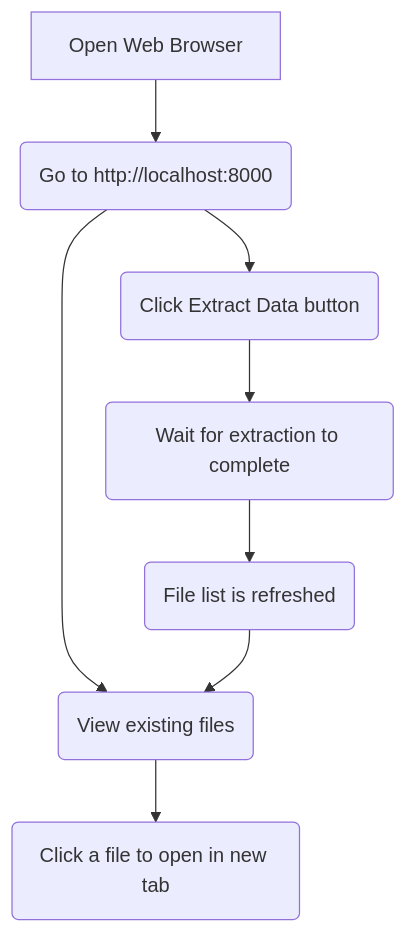
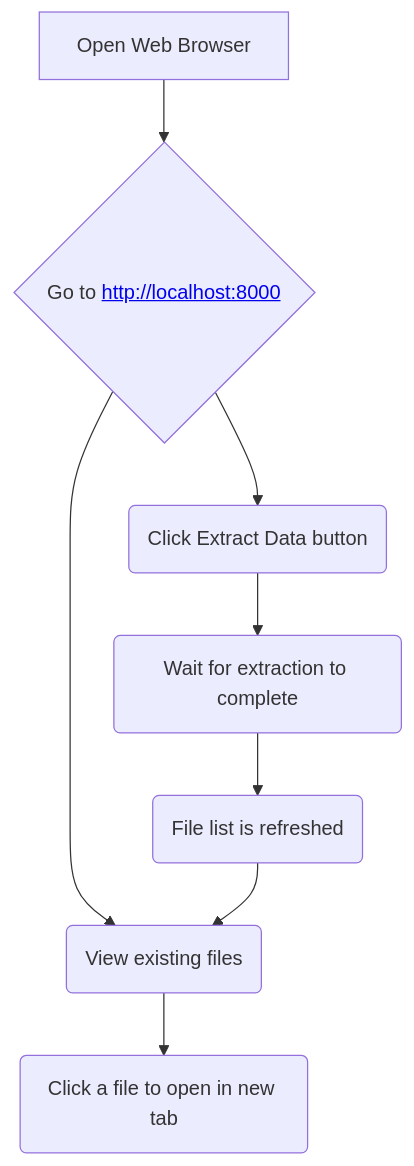
The first of 2 diagrams in README.md (overeazyio/zendeskzen), drawn with Mermaid before and after one commit.

````diff
--- a/README.md
+++ b/README.md
@@ -58,10 +58,10 @@
 ```mermaid
 graph TD
-    A[Open Web Browser] --> B(Go to http://localhost:8000);
+    A[Open Web Browser] --> B{Go to <a href='http://localhost:8000'>http://localhost:8000</a>};
     B --> C(View existing files);
     C --> D(Click a file to open in new tab);
     B --> E(Click Extract Data button);
     E --> F(Wait for extraction to complete);
     F --> G(File list is refreshed);
     G --> C;
 ```
````
